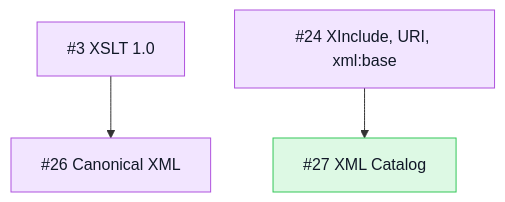
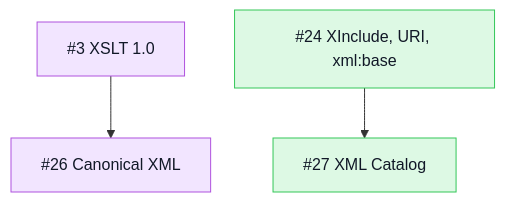
Before and after one commit to mihaelamj/PureXML: the fourth of 4 diagrams in README.md, drawn with Mermaid. The commit also changed 6 other files, not shown here.

First line of the commit message:
feat(xinclude): XInclude, URI resolution, and xml:base

````diff
--- a/README.md
+++ b/README.md
@@ -102,13 +102,13 @@
 ```mermaid
 flowchart TB
   classDef done fill:#ddf9e4,stroke:#34c759,color:#111827
   classDef review fill:#fff7d6,stroke:#ffcc00,color:#111827
   classDef epic fill:#f2e5ff,stroke:#af52de,color:#111827
   classDef todo fill:#f2f4f7,stroke:#8e8e93,color:#111827
   Xslt["#3 XSLT 1.0"]:::epic
-  XInclude["#24 XInclude, URI, xml:base"]:::epic
+  XInclude["#24 XInclude, URI, xml:base"]:::done
   C14n["#26 Canonical XML"]:::epic
   Catalog["#27 XML Catalog"]:::done
   Xslt --> C14n
   XInclude --> Catalog
 ```
````
